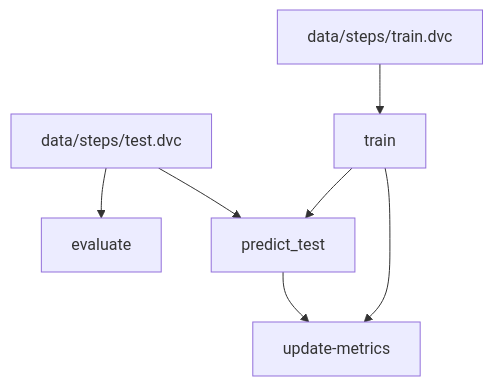
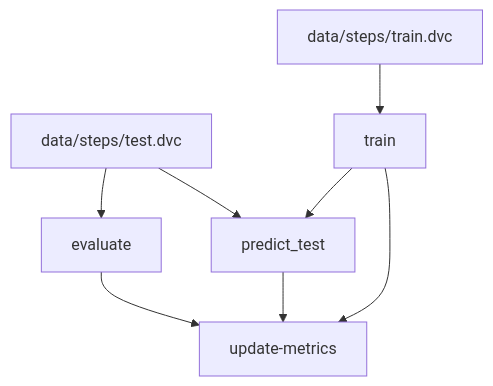
One commit to akucia/step-counter changed the diagram in README.md. Above: the diagram before and after it, drawn with Mermaid. The commit also changed other lines of this file and 6 other files, not shown here.

````diff
--- a/README.md
+++ b/README.md
@@ -14,15 +15,16 @@
 ```mermaid
 flowchart TD
 	node1["data/steps/test.dvc"]
 	node2["data/steps/train.dvc"]
 	node3["evaluate"]
 	node4["predict_test"]
 	node5["train"]
 	node6["update-metrics"]
 	node1-->node3
 	node1-->node4
 	node2-->node5
+	node3-->node6
 	node4-->node6
 	node5-->node4
 	node5-->node6
 ```
````
